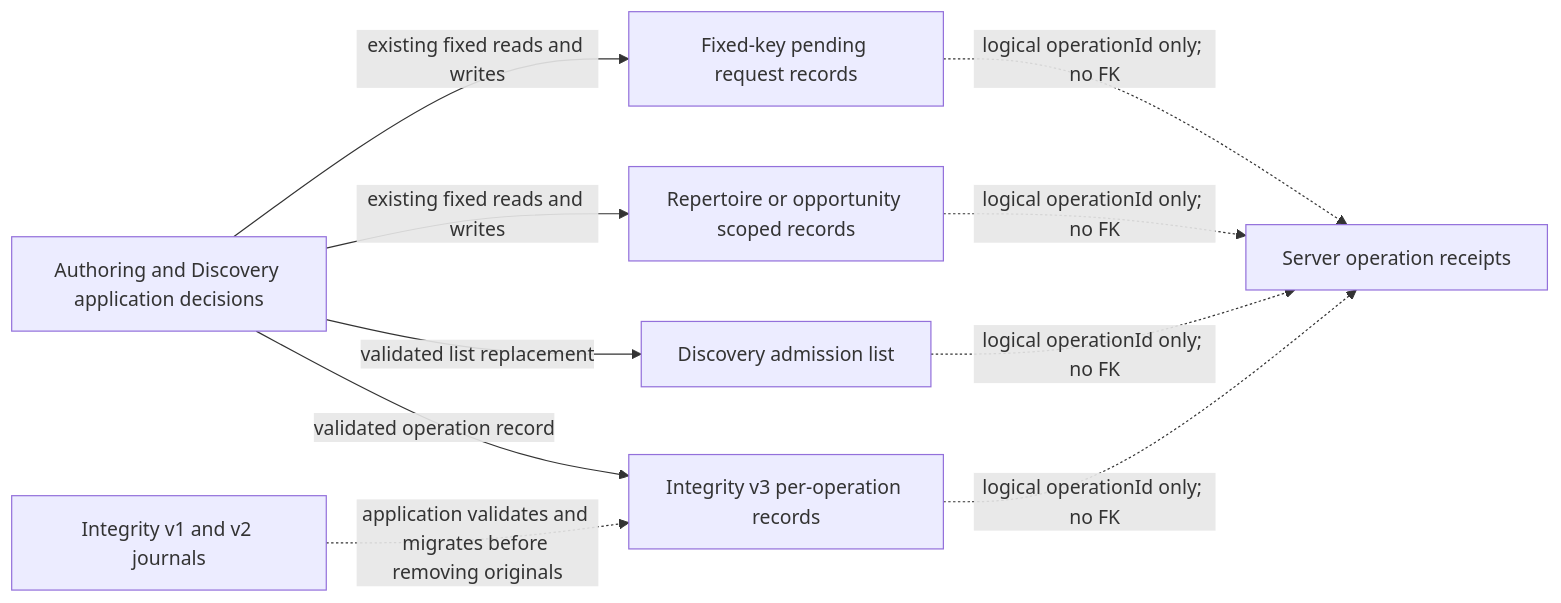
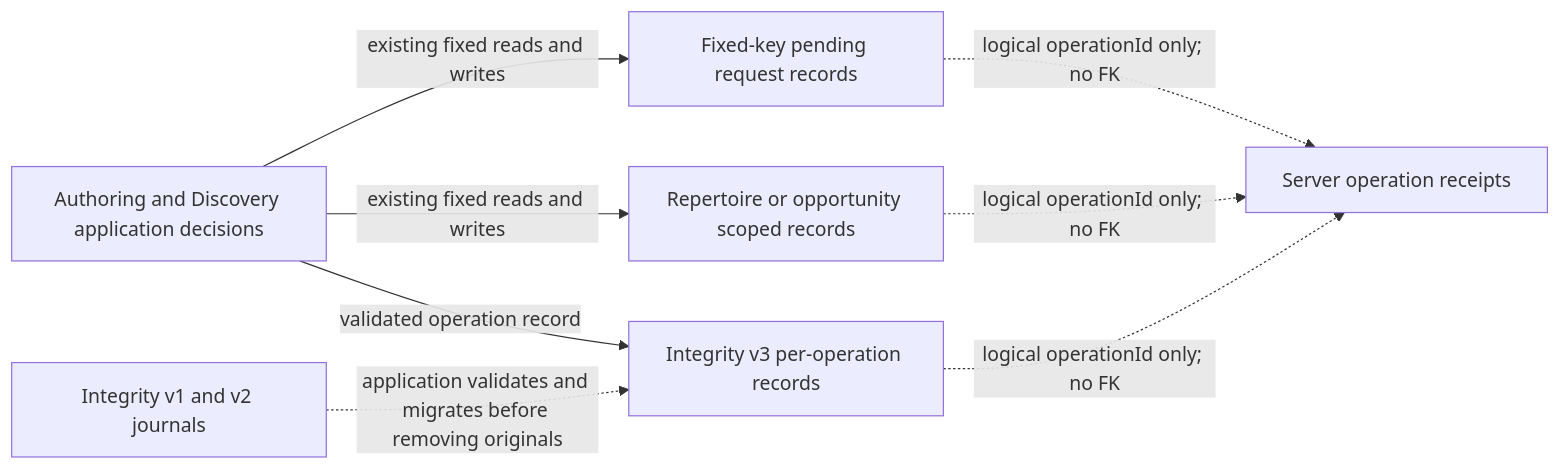
The diagram in database/browser/adapters/authoring/README.md (aaweaver-actuary/tempo), drawn with Mermaid before and after one commit. The commit also changed other lines of this file and 10 other files, not shown here.

````diff
--- a/database/browser/adapters/authoring/README.md
+++ b/database/browser/adapters/authoring/README.md
@@ -16,19 +16,16 @@
 ```mermaid
 flowchart LR
   app[Authoring and Discovery application decisions]
   fixed[Fixed-key pending request records]
   scoped[Repertoire or opportunity scoped records]
-  discoveries[Discovery admission list]
   repairs[Integrity v3 per-operation records]
   legacy[Integrity v1 and v2 journals]
   receipts[Server operation receipts]
   app -->|existing fixed reads and writes| fixed
   app -->|existing fixed reads and writes| scoped
-  app -->|validated list replacement| discoveries
   app -->|validated operation record| repairs
   legacy -.->|application validates and migrates before removing originals| repairs
   fixed -.->|logical operationId only; no FK| receipts
   scoped -.->|logical operationId only; no FK| receipts
-  discoveries -.->|logical operationId only; no FK| receipts
   repairs -.->|logical operationId only; no FK| receipts
 ```
````
